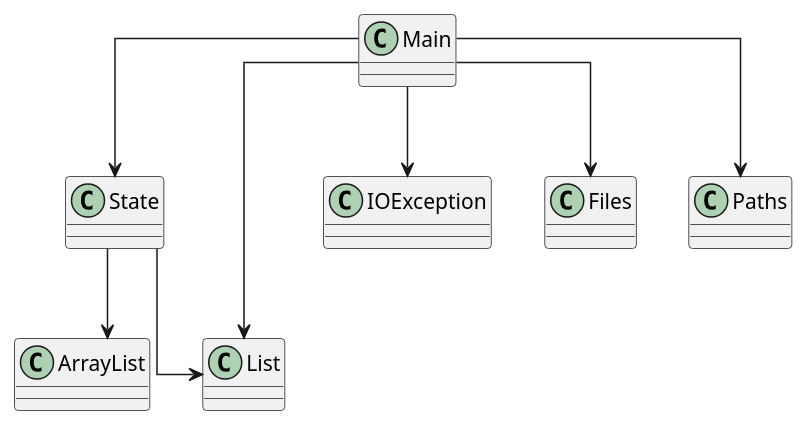
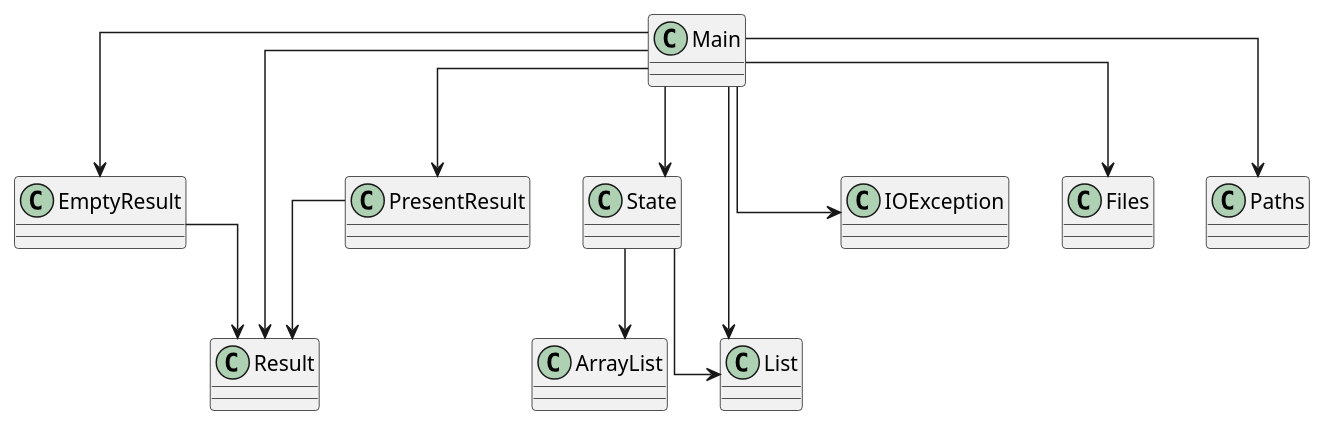
One commit to SirMathhman/Magma changed the diagram in diagram.puml. Above: the diagram before and after it, drawn with PlantUML. The commit also changed 4 other files, not shown here.

```diff
--- a/diagram.puml
+++ b/diagram.puml
@@ -1,12 +1,20 @@
 @startuml
 skinparam linetype ortho
+class EmptyResult
+EmptyResult --> Result
+class PresentResult
+PresentResult --> Result
+class Result
 class State
 State --> ArrayList
 State --> List
 class Main
+Main --> EmptyResult
+Main --> PresentResult
+Main --> Result
 Main --> State
 Main --> IOException
 Main --> Files
 Main --> Paths
 Main --> List
 @enduml
```
